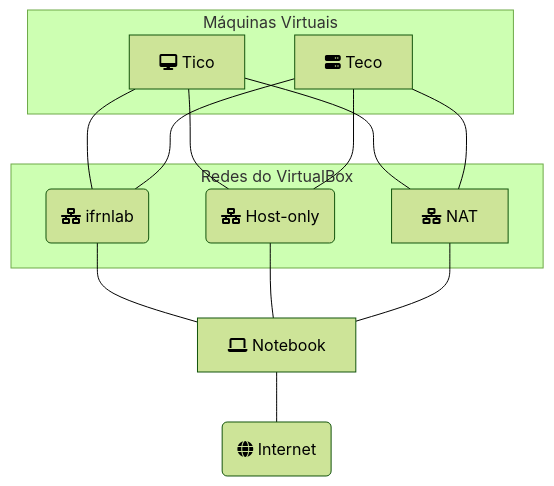
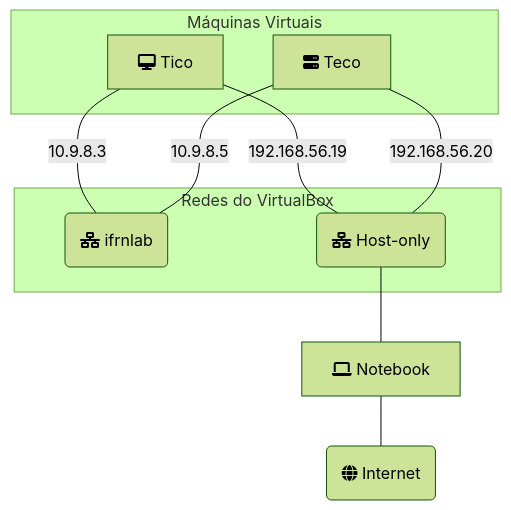
One commit to ifrnlab/netlab changed the diagram in diagramas/fluxogramas/tico-e-teco.md. Above: the diagram before and after it, drawn with Mermaid (forest theme).

````diff
--- a/diagramas/fluxogramas/tico-e-teco.md
+++ b/diagramas/fluxogramas/tico-e-teco.md
@@ -3,22 +3,26 @@
 ```mermaid
 graph TD
 
     %% Dispositivos
     subgraph Máquinas Virtuais
         tico[fa:fa-desktop Tico]
         teco[fa:fa-server Teco]
     end
     notebook[fa:fa-laptop Notebook]
 
     %% Redes
     subgraph Redes do VirtualBox
         ifrnlab(fa:fa-network-wired ifrnlab)
         hostonly("fa:fa-network-wired Host-only")
-        nat[fa:fa-network-wired NAT]
     end
 
     internet(fa:fa-globe Internet)
     
     %% Ligações entre redes e dispositivos
-    tico & teco --- ifrnlab & hostonly & nat --- notebook --- internet
+    tico --- |10.9.8.3| ifrnlab
+    tico --- |192.168.56.19| hostonly
+    teco --- |10.9.8.5| ifrnlab
+    teco --- |192.168.56.20| hostonly
+
+    hostonly --- notebook --- internet
 ```
````
